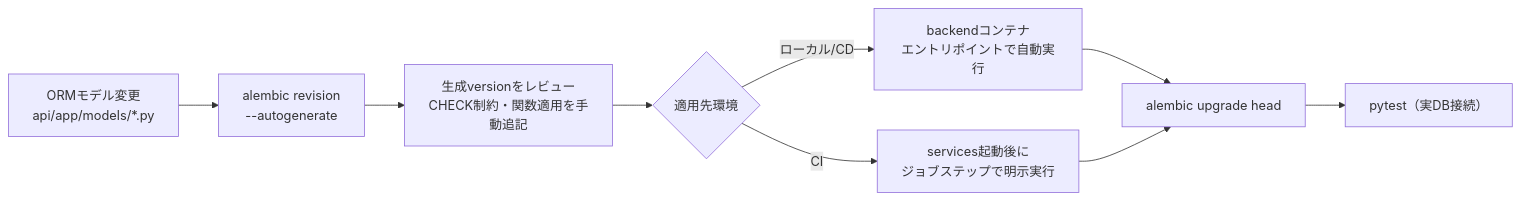
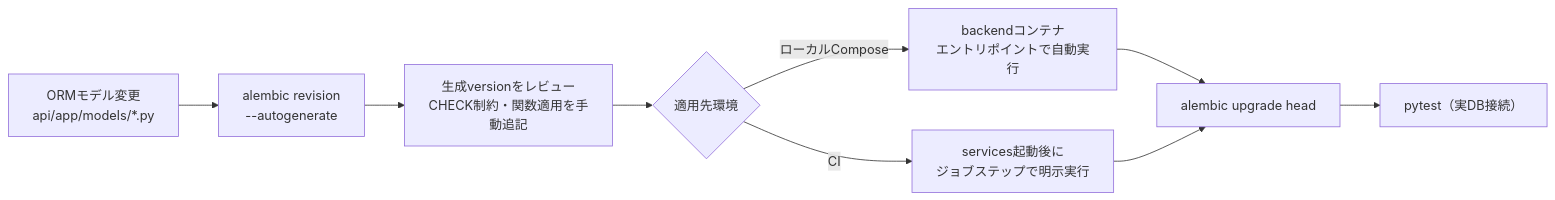
One commit to oikawa-d/task_management changed the second of 4 diagrams in docs/detailed_design/database/09_migration.md. Above: the diagram before and after it, drawn with Mermaid. The commit also changed other lines of this file and 31 other files, not shown here.

````diff
--- a/docs/detailed_design/database/09_migration.md
+++ b/docs/detailed_design/database/09_migration.md
@@ -315,11 +315,11 @@
 ```mermaid
 flowchart LR
     A["ORMモデル変更<br/>api/app/models/*.py"] --> B["alembic revision<br/>--autogenerate"]
     B --> C["生成versionをレビュー<br/>CHECK制約・関数適用を手動追記"]
     C --> D{"適用先環境"}
-    D -->|"ローカル/CD"| E["backendコンテナ<br/>エントリポイントで自動実行"]
+    D -->|"ローカルCompose"| E["backendコンテナ<br/>エントリポイントで自動実行"]
     D -->|"CI"| F["services起動後に<br/>ジョブステップで明示実行"]
     E --> G["alembic upgrade head"]
     F --> G
     G --> H["pytest（実DB接続）"]
 ```
````
